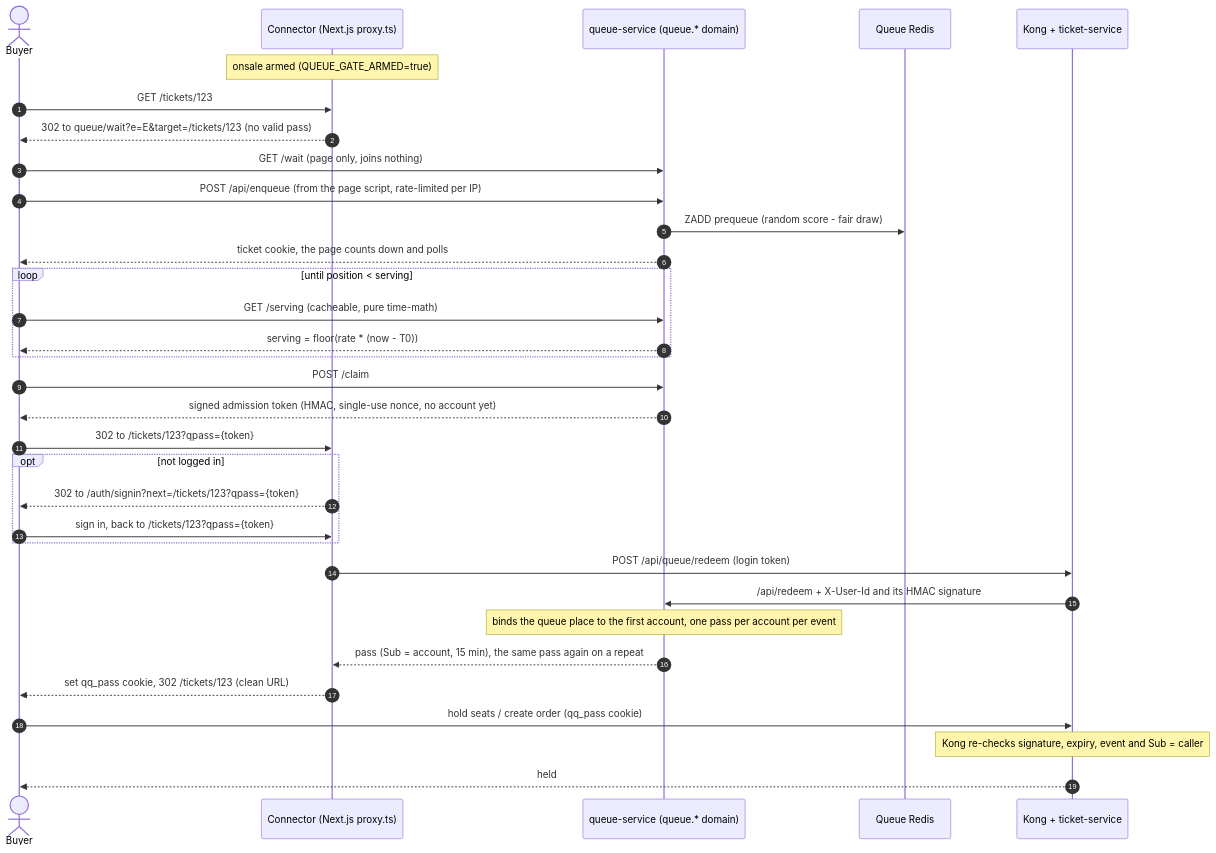
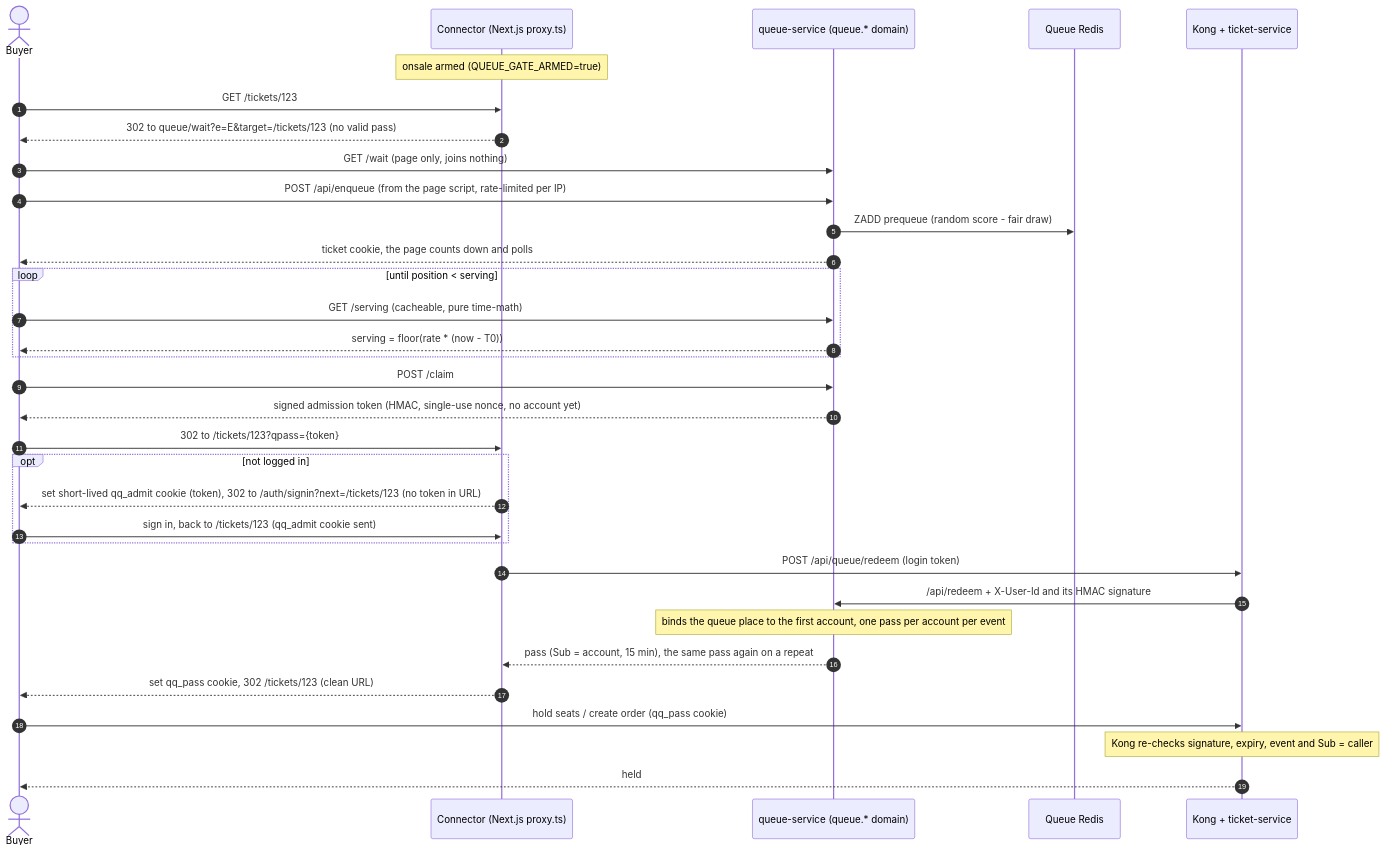
Before and after one commit to emmilcheung/k8s-multi-language-gRPC-microservice: the diagram in docs/diagrams/06-waiting-room-flow.mermaid, drawn with Mermaid. The commit also changed 4 other files, not shown here.

First line of the commit message:
docs(diagrams): show the admission token kept in a cookie, not the sign-in URL

```diff
--- a/docs/diagrams/06-waiting-room-flow.mermaid
+++ b/docs/diagrams/06-waiting-room-flow.mermaid
@@ -1,34 +1,34 @@
 sequenceDiagram
     autonumber
     actor B as Buyer
     participant C as Connector (Next.js proxy.ts)
     participant Q as queue-service (queue.* domain)
     participant R as Queue Redis
     participant K as Kong + ticket-service
 
     Note over C: onsale armed (QUEUE_GATE_ARMED=true)
     B->>C: GET /tickets/123
     C-->>B: 302 to queue/wait?e=E&target=/tickets/123 (no valid pass)
     B->>Q: GET /wait (page only, joins nothing)
     B->>Q: POST /api/enqueue (from the page script, rate-limited per IP)
     Q->>R: ZADD prequeue (random score - fair draw)
     Q-->>B: ticket cookie, the page counts down and polls
     loop until position < serving
         B->>Q: GET /serving (cacheable, pure time-math)
         Q-->>B: serving = floor(rate * (now - T0))
     end
     B->>Q: POST /claim
     Q-->>B: signed admission token (HMAC, single-use nonce, no account yet)
     B->>C: 302 to /tickets/123?qpass={token}
     opt not logged in
-        C-->>B: 302 to /auth/signin?next=/tickets/123?qpass={token}
-        B->>C: sign in, back to /tickets/123?qpass={token}
+        C-->>B: set short-lived qq_admit cookie (token), 302 to /auth/signin?next=/tickets/123 (no token in URL)
+        B->>C: sign in, back to /tickets/123 (qq_admit cookie sent)
     end
     C->>K: POST /api/queue/redeem (login token)
     K->>Q: /api/redeem + X-User-Id and its HMAC signature
     Note over Q: binds the queue place to the first account, one pass per account per event
     Q-->>C: pass (Sub = account, 15 min), the same pass again on a repeat
     C-->>B: set qq_pass cookie, 302 /tickets/123 (clean URL)
     B->>K: hold seats / create order (qq_pass cookie)
     Note over K: Kong re-checks signature, expiry, event and Sub = caller
     K-->>B: held
```
